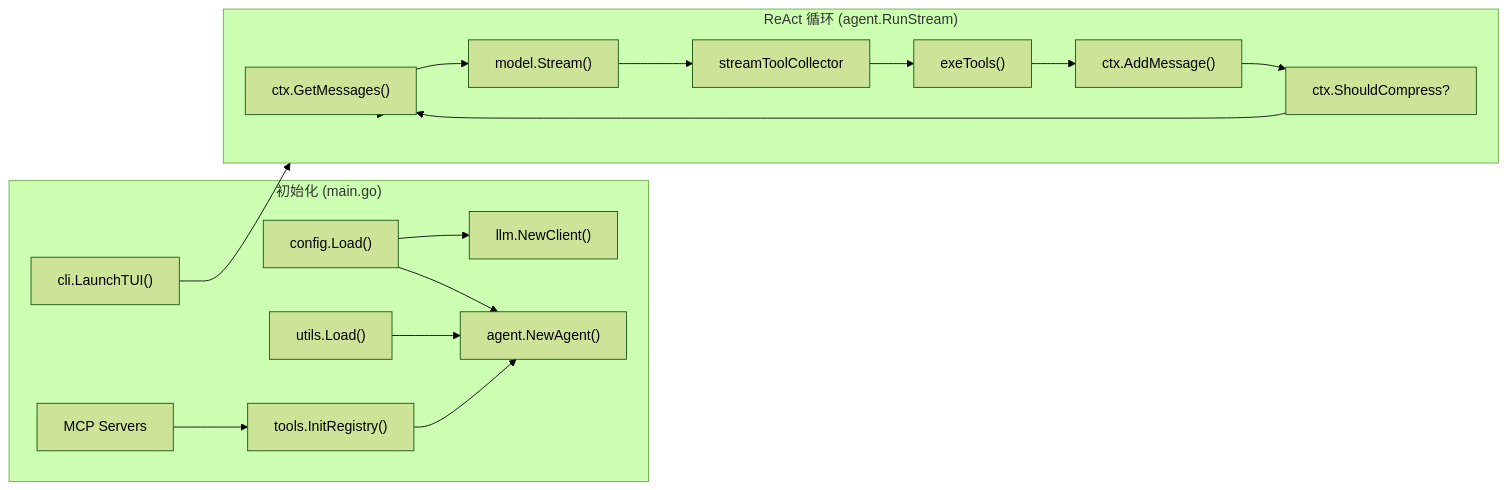
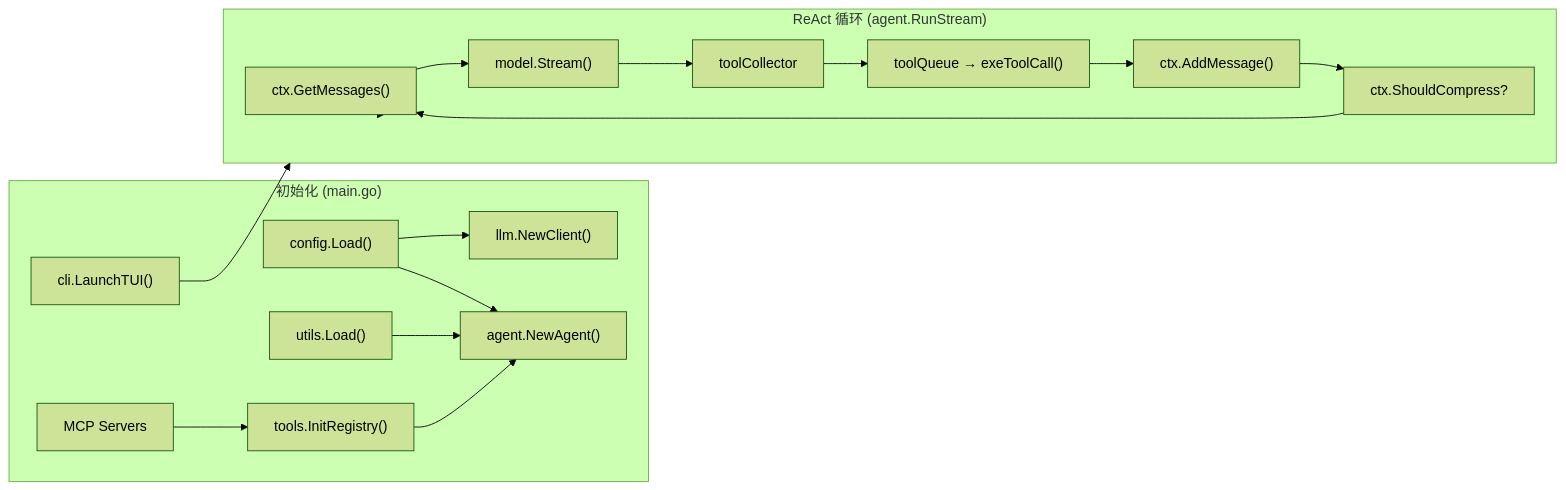
The third of 3 diagrams in doc/0README.md (Ozqi/5hAgent), drawn with Mermaid (forest theme) before and after one commit. The commit also changed other lines of this file and 20 other files, not shown here.

````diff
--- a/doc/0README.md
+++ b/doc/0README.md
@@ -202,36 +202,36 @@
 ```mermaid
 flowchart LR
     subgraph Init["初始化 (main.go)"]
         config["config.Load()"]
         llm["llm.NewClient()"]
         prompt["utils.Load()"]
         agent["agent.NewAgent()"]
         tools["tools.InitRegistry()"]
         mcp["MCP Servers"]
         tui["cli.LaunchTUI()"]
     end
 
     subgraph Loop["ReAct 循环 (agent.RunStream)"]
         messages["ctx.GetMessages()"]
         stream["model.Stream()"]
-        collect["streamToolCollector"]
-        exec["exeTools()"]
+        collect["toolCollector"]
+        exec["toolQueue → exeToolCall()"]
         add["ctx.AddMessage()"]
         compress["ctx.ShouldCompress?"]
     end
 
     config --> llm
     config --> agent
     prompt --> agent
     tools --> agent
     mcp --> tools
     tui --> Loop
 
     Loop --> messages
     messages --> stream
     stream --> collect
     collect --> exec
     exec --> add
     add --> compress
     compress --> messages
 ```
````
